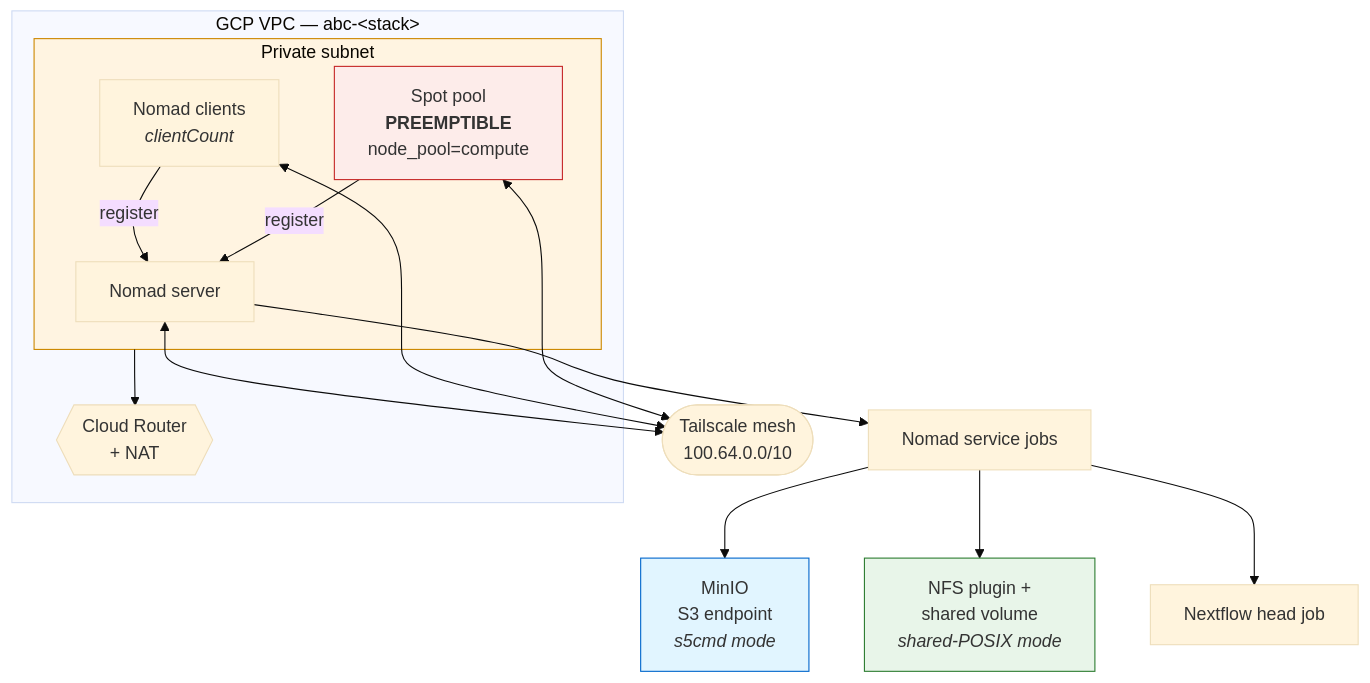
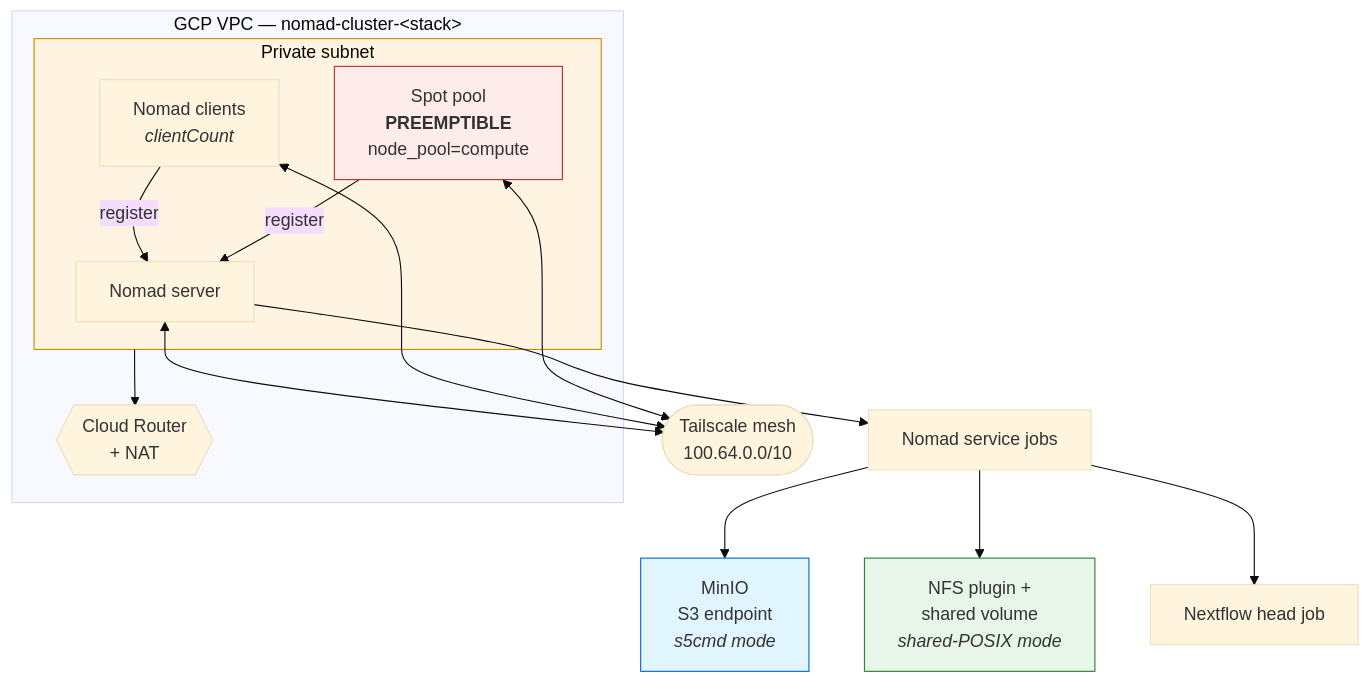
One commit to abhi18av-phd-projects/nf-nomad-manuscript-assets changed the third of 4 diagrams in templates/ARCHITECTURE.md. Above: the diagram before and after it, drawn with Mermaid (base theme). The commit also changed other lines of this file and 21 other files, not shown here.

First line of the commit message:
naming: replace project-specific names with nomad-cluster throughout

````diff
--- a/templates/ARCHITECTURE.md
+++ b/templates/ARCHITECTURE.md
@@ -101,30 +101,30 @@
 ```mermaid
 graph TB
-    subgraph VPC["GCP VPC — abc-&lt;stack&gt;"]
+    subgraph VPC["GCP VPC — nomad-cluster-&lt;stack&gt;"]
         subgraph Sub["Private subnet"]
             GS["Nomad server"]
             GC["Nomad clients<br/><i>clientCount</i>"]
             SP["Spot pool<br/><b>PREEMPTIBLE</b><br/>node_pool=compute"]
         end
         RT{{"Cloud Router<br/>+ NAT"}}
     end
     TS(["Tailscale mesh<br/>100.64.0.0/10"])
     GS <--> TS
     GC <--> TS
     SP <--> TS
     GC -->|register| GS
     SP -->|register| GS
     Sub --> RT
     SVC["Nomad service jobs"]
     MIN["MinIO<br/>S3 endpoint<br/><i>s5cmd mode</i>"]
     NFS["NFS plugin +<br/>shared volume<br/><i>shared-POSIX mode</i>"]
     NFH["Nextflow head job"]
     GS --> SVC
     SVC --> MIN
     SVC --> NFS
     SVC --> NFH
     style Sub fill:#fff4e1,stroke:#cc8800
     style SP fill:#fdecea,stroke:#c62828
     style MIN fill:#e1f5ff,stroke:#0066cc
     style NFS fill:#e8f5e9,stroke:#2e7d32
 ```
````
